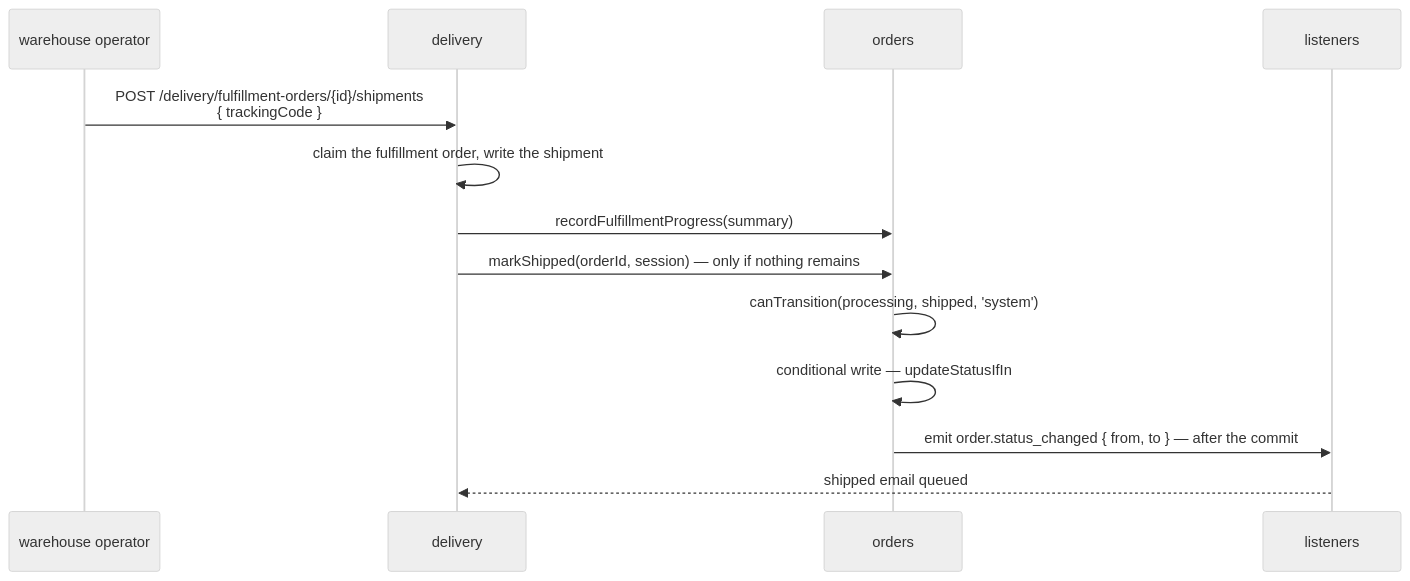
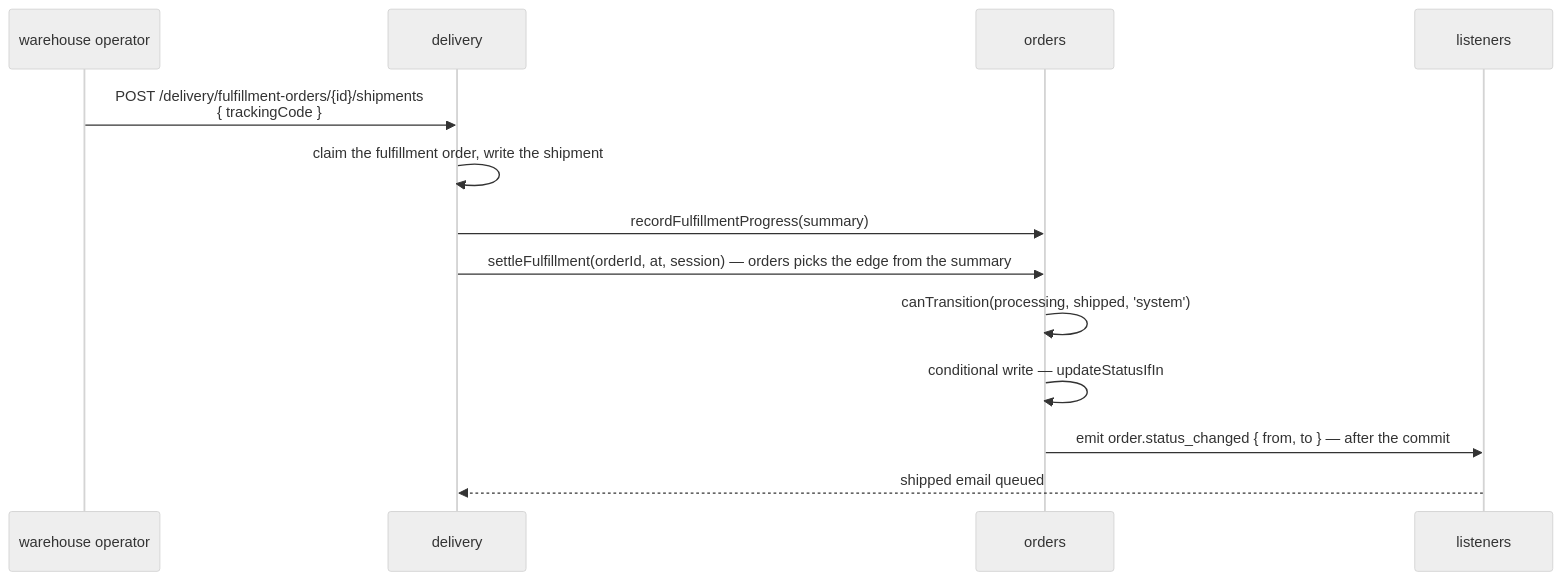
The third of 12 diagrams in docs/theory/tactical-ddd.md (Guebbit/boilerplate-node-backend), drawn with Mermaid (neutral theme) before and after one commit. The commit also changed other lines of this file and 18 other files, not shown here.

First line of the commit message:
refactor(orders): the order settles its own status from the fulfilment summary

````diff
--- a/docs/theory/tactical-ddd.md
+++ b/docs/theory/tactical-ddd.md
@@ -123,16 +123,16 @@
 ```mermaid
 sequenceDiagram
     participant W as warehouse operator
     participant D as delivery
     participant O as orders
     participant L as listeners
 
     W->>D: POST /delivery/fulfillment-orders/{id}/shipments<br/>{ trackingCode }
     D->>D: claim the fulfillment order, write the shipment
     D->>O: recordFulfillmentProgress(summary)
-    D->>O: markShipped(orderId, session) — only if nothing remains
+    D->>O: settleFulfillment(orderId, at, session) — orders picks the edge from the summary
     O->>O: canTransition(processing, shipped, 'system')
     O->>O: conditional write — updateStatusIfIn
     O->>L: emit order.status_changed { from, to } — after the commit
     L-->>D: shipped email queued
 ```
````
